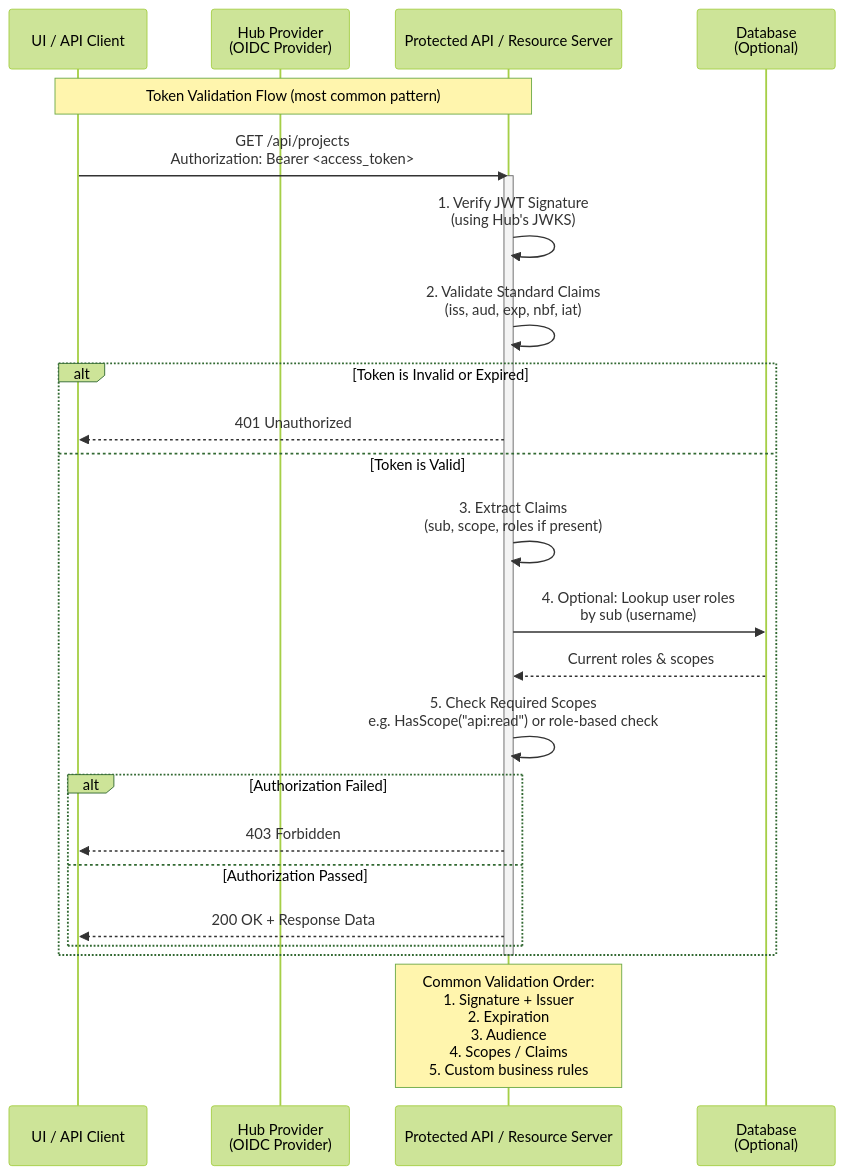
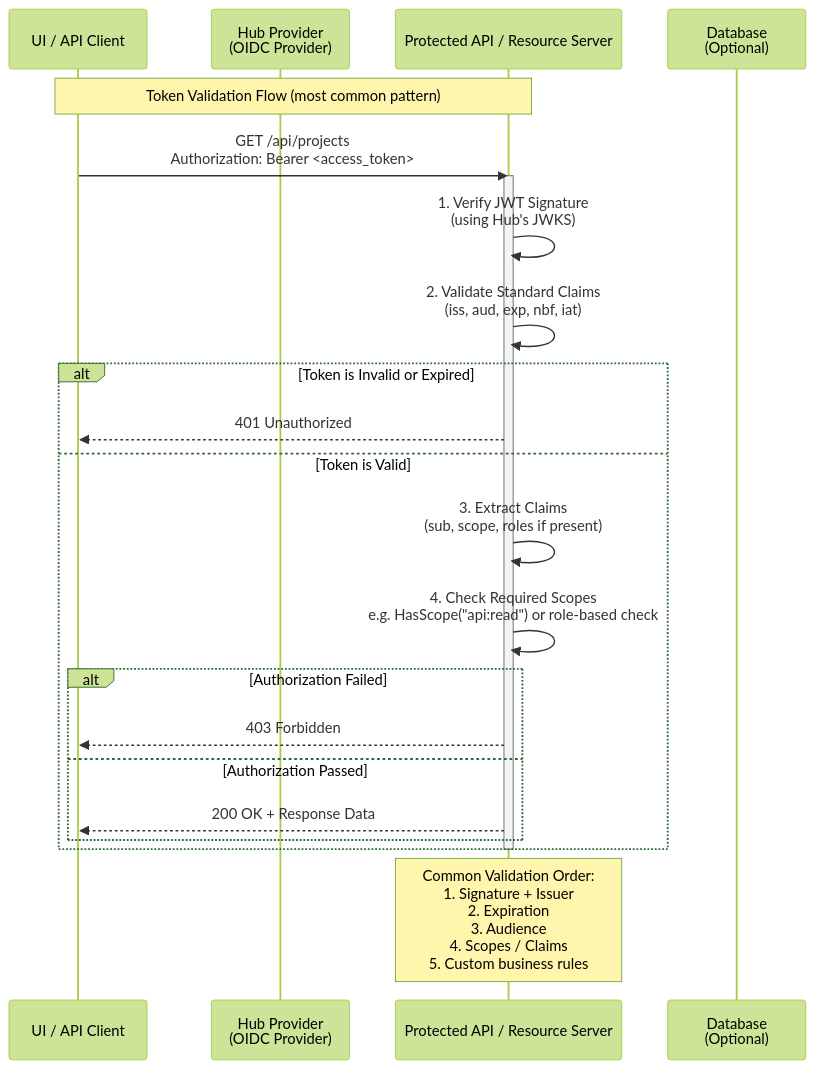
One commit to konveyor/enhancements changed the fourth of 5 diagrams in enhancements/hub-oidc-provider/README.md. Above: the diagram before and after it, drawn with Mermaid (forest theme). The commit also changed other lines of this file, not shown here.

````diff
--- a/enhancements/hub-oidc-provider/README.md
+++ b/enhancements/hub-oidc-provider/README.md
@@ -268,37 +268,31 @@
 ```mermaid
 sequenceDiagram
     participant UI as UI / API Client
     participant Hub as Hub Provider<br>(OIDC Provider)
     participant ProtectedAPI as Protected API / Resource Server
     participant DB as Database<br>(Optional)
 
     Note over UI,ProtectedAPI: Token Validation Flow (most common pattern)
 
     UI->>ProtectedAPI: GET /api/projects<br>Authorization: Bearer <access_token>
     activate ProtectedAPI
 
     ProtectedAPI->>ProtectedAPI: 1. Verify JWT Signature<br>(using Hub's JWKS)
     ProtectedAPI->>ProtectedAPI: 2. Validate Standard Claims<br>(iss, aud, exp, nbf, iat)
 
     alt Token is Invalid or Expired
         ProtectedAPI-->>UI: 401 Unauthorized
     else Token is Valid
         ProtectedAPI->>ProtectedAPI: 3. Extract Claims<br>(sub, scope, roles if present)
-
-        %% Optional: Extra authorization check using your DB
-        ProtectedAPI->>DB: 4. Optional: Lookup user roles<br>by sub (username)
-        DB-->>ProtectedAPI: Current roles & scopes
-
-        ProtectedAPI->>ProtectedAPI: 5. Check Required Scopes<br>e.g. HasScope("api:read") or role-based check
-
+        ProtectedAPI->>ProtectedAPI: 4. Check Required Scopes<br>e.g. HasScope("api:read") or role-based check
         alt Authorization Failed
             ProtectedAPI-->>UI: 403 Forbidden
         else Authorization Passed
             ProtectedAPI-->>UI: 200 OK + Response Data
         end
     end
 
     deactivate ProtectedAPI
 
     Note over ProtectedAPI: Common Validation Order:<br>1. Signature + Issuer<br>2. Expiration<br>3. Audience<br>4. Scopes / Claims<br>5. Custom business rules
 ```
````
